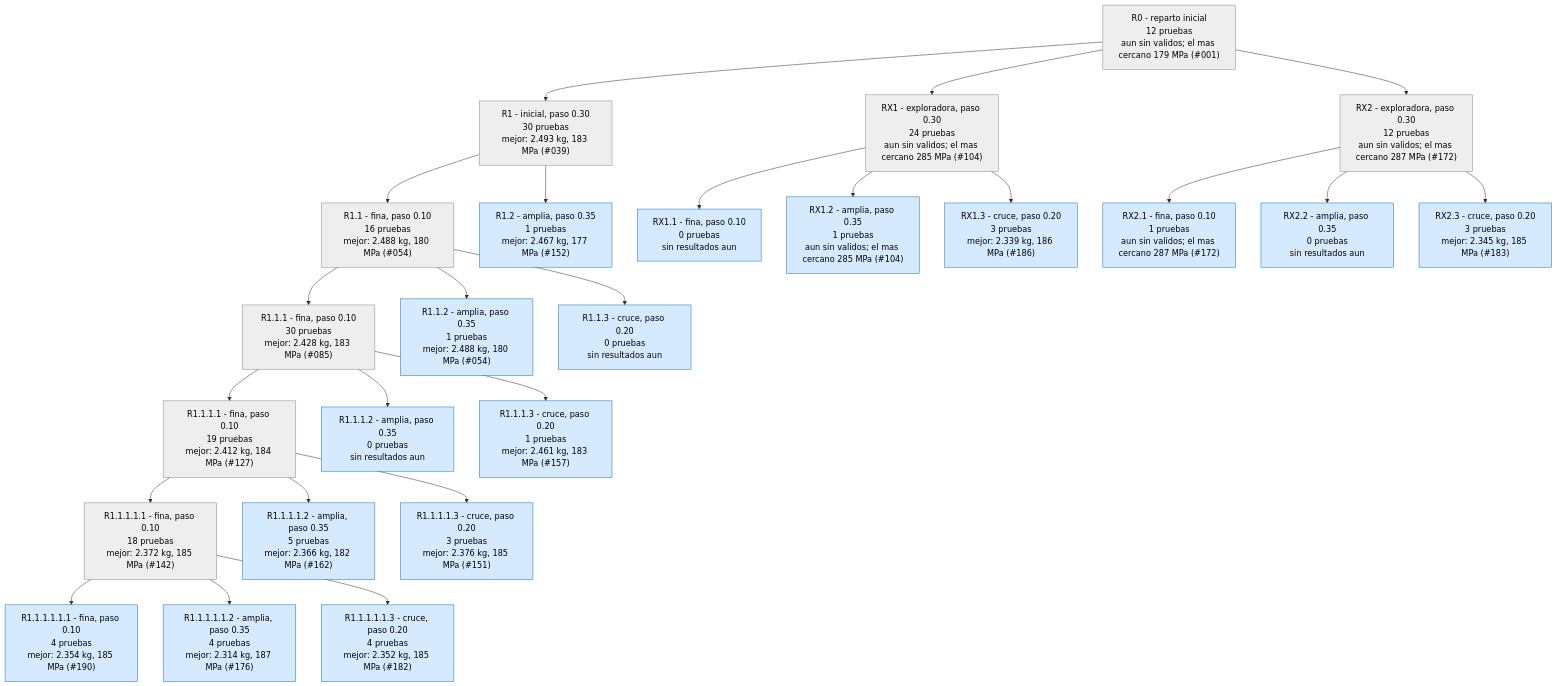
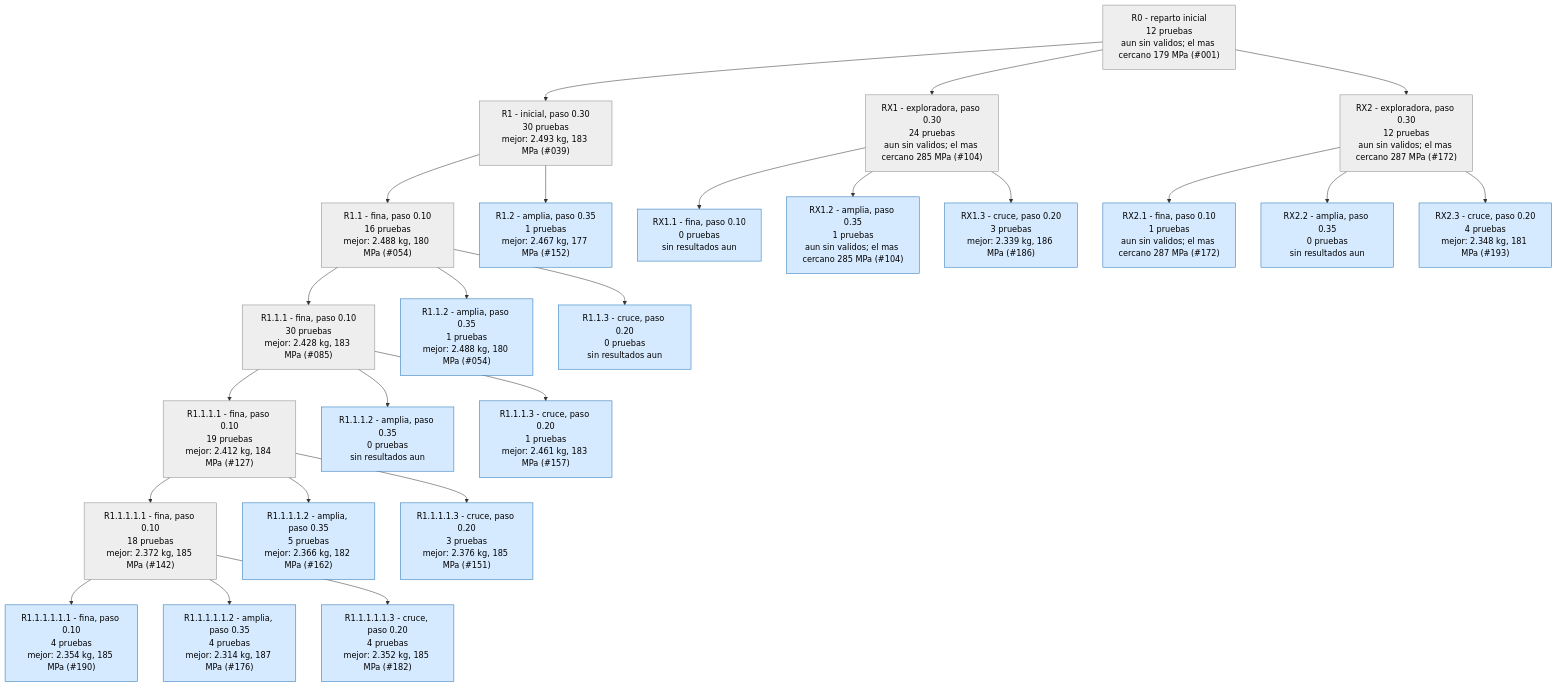
One commit to Hugiko/msd-soporte-optimizacion changed the second of 4 diagrams in runs/opt_37800N/ARBOL.md. Above: the diagram before and after it, drawn with Mermaid. The commit also changed 22 other files, not shown here.

````diff
--- a/runs/opt_37800N/ARBOL.md
+++ b/runs/opt_37800N/ARBOL.md
@@ -45,53 +45,53 @@
 ```mermaid
 graph TD
 classDef activa fill:#d6eaff,stroke:#1f6fb5,color:#000
 classDef fin fill:#eeeeee,stroke:#888,color:#000
 classDef mejor fill:#c8f0c0,stroke:#1a9850,stroke-width:4px,color:#000
 R0["R0 - reparto inicial<br/>12 pruebas<br/>aun sin validos; el mas cercano 179 MPa (#001)"]:::fin
 R1["R1 - inicial, paso 0.30<br/>30 pruebas<br/>mejor: 2.493 kg, 183 MPa (#039)"]:::fin
 R0 --> R1
 R1_1["R1.1 - fina, paso 0.10<br/>16 pruebas<br/>mejor: 2.488 kg, 180 MPa (#054)"]:::fin
 R1 --> R1_1
 R1_2["R1.2 - amplia, paso 0.35<br/>1 pruebas<br/>mejor: 2.467 kg, 177 MPa (#152)"]:::activa
 R1 --> R1_2
 R1_1_1["R1.1.1 - fina, paso 0.10<br/>30 pruebas<br/>mejor: 2.428 kg, 183 MPa (#085)"]:::fin
 R1_1 --> R1_1_1
 R1_1_2["R1.1.2 - amplia, paso 0.35<br/>1 pruebas<br/>mejor: 2.488 kg, 180 MPa (#054)"]:::activa
 R1_1 --> R1_1_2
 R1_1_3["R1.1.3 - cruce, paso 0.20<br/>0 pruebas<br/>sin resultados aun"]:::activa
 R1_1 --> R1_1_3
 R1_1_1_1["R1.1.1.1 - fina, paso 0.10<br/>19 pruebas<br/>mejor: 2.412 kg, 184 MPa (#127)"]:::fin
 R1_1_1 --> R1_1_1_1
 R1_1_1_2["R1.1.1.2 - amplia, paso 0.35<br/>0 pruebas<br/>sin resultados aun"]:::activa
 R1_1_1 --> R1_1_1_2
 R1_1_1_3["R1.1.1.3 - cruce, paso 0.20<br/>1 pruebas<br/>mejor: 2.461 kg, 183 MPa (#157)"]:::activa
 R1_1_1 --> R1_1_1_3
 RX1["RX1 - exploradora, paso 0.30<br/>24 pruebas<br/>aun sin validos; el mas cercano 285 MPa (#104)"]:::fin
 R0 --> RX1
 RX1_1["RX1.1 - fina, paso 0.10<br/>0 pruebas<br/>sin resultados aun"]:::activa
 RX1 --> RX1_1
 RX1_2["RX1.2 - amplia, paso 0.35<br/>1 pruebas<br/>aun sin validos; el mas cercano 285 MPa (#104)"]:::activa
 RX1 --> RX1_2
 RX1_3["RX1.3 - cruce, paso 0.20<br/>3 pruebas<br/>mejor: 2.339 kg, 186 MPa (#186)"]:::activa
 RX1 --> RX1_3
 R1_1_1_1_1["R1.1.1.1.1 - fina, paso 0.10<br/>18 pruebas<br/>mejor: 2.372 kg, 185 MPa (#142)"]:::fin
 R1_1_1_1 --> R1_1_1_1_1
 R1_1_1_1_2["R1.1.1.1.2 - amplia, paso 0.35<br/>5 pruebas<br/>mejor: 2.366 kg, 182 MPa (#162)"]:::activa
 R1_1_1_1 --> R1_1_1_1_2
 R1_1_1_1_3["R1.1.1.1.3 - cruce, paso 0.20<br/>3 pruebas<br/>mejor: 2.376 kg, 185 MPa (#151)"]:::activa
 R1_1_1_1 --> R1_1_1_1_3
 R1_1_1_1_1_1["R1.1.1.1.1.1 - fina, paso 0.10<br/>4 pruebas<br/>mejor: 2.354 kg, 185 MPa (#190)"]:::activa
 R1_1_1_1_1 --> R1_1_1_1_1_1
 R1_1_1_1_1_2["R1.1.1.1.1.2 - amplia, paso 0.35<br/>4 pruebas<br/>mejor: 2.314 kg, 187 MPa (#176)"]:::activa
 R1_1_1_1_1 --> R1_1_1_1_1_2
 R1_1_1_1_1_3["R1.1.1.1.1.3 - cruce, paso 0.20<br/>4 pruebas<br/>mejor: 2.352 kg, 185 MPa (#182)"]:::activa
 R1_1_1_1_1 --> R1_1_1_1_1_3
 RX2["RX2 - exploradora, paso 0.30<br/>12 pruebas<br/>aun sin validos; el mas cercano 287 MPa (#172)"]:::fin
 R0 --> RX2
 RX2_1["RX2.1 - fina, paso 0.10<br/>1 pruebas<br/>aun sin validos; el mas cercano 287 MPa (#172)"]:::activa
 RX2 --> RX2_1
 RX2_2["RX2.2 - amplia, paso 0.35<br/>0 pruebas<br/>sin resultados aun"]:::activa
 RX2 --> RX2_2
-RX2_3["RX2.3 - cruce, paso 0.20<br/>3 pruebas<br/>mejor: 2.345 kg, 185 MPa (#183)"]:::activa
+RX2_3["RX2.3 - cruce, paso 0.20<br/>4 pruebas<br/>mejor: 2.348 kg, 181 MPa (#193)"]:::activa
 RX2 --> RX2_3
 ```
````
